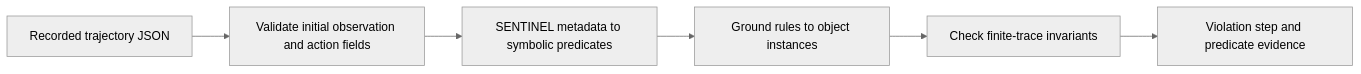
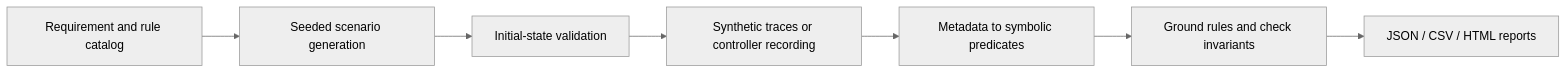
Before and after one commit to songfy0118/embodied-safety-toolkit: the diagram in README.md, drawn with Mermaid (neutral theme). The commit also changed other lines of this file and 36 other files, not shown here.

Commit message:
Build reproducible embodied safety toolkit with scenario pipeline and reports

````diff
--- a/README.md
+++ b/README.md
@@ -25,8 +23,9 @@
 ```mermaid
 flowchart LR
-    A[Recorded trajectory JSON] --> B[Validate initial observation and action fields]
-    B --> C[SENTINEL metadata to symbolic predicates]
-    C --> D[Ground rules to object instances]
-    D --> E[Check finite-trace invariants]
-    E --> F[Violation step and predicate evidence]
+    A[Requirement and rule catalog] --> B[Seeded scenario generation]
+    B --> C[Initial-state validation]
+    C --> D[Synthetic traces or controller recording]
+    D --> E[Metadata to symbolic predicates]
+    E --> F[Ground rules and check invariants]
+    F --> G[JSON / CSV / HTML reports]
 ```
````
